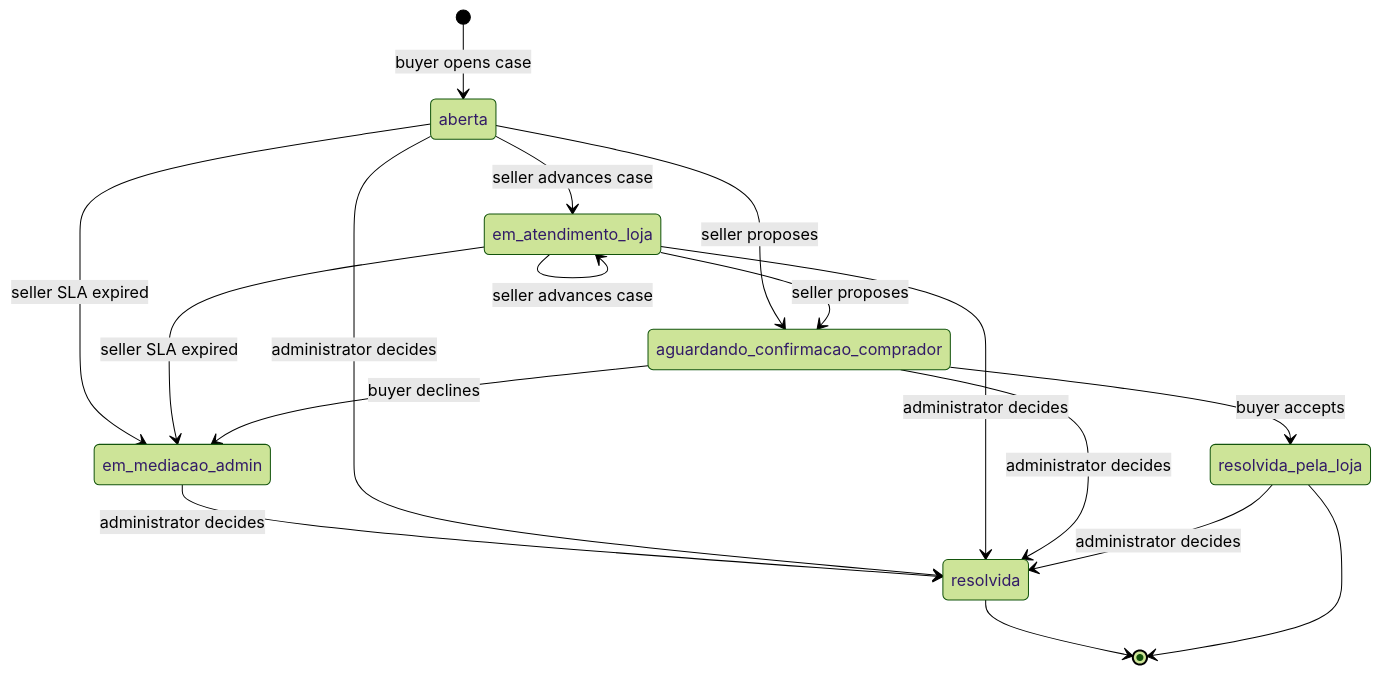
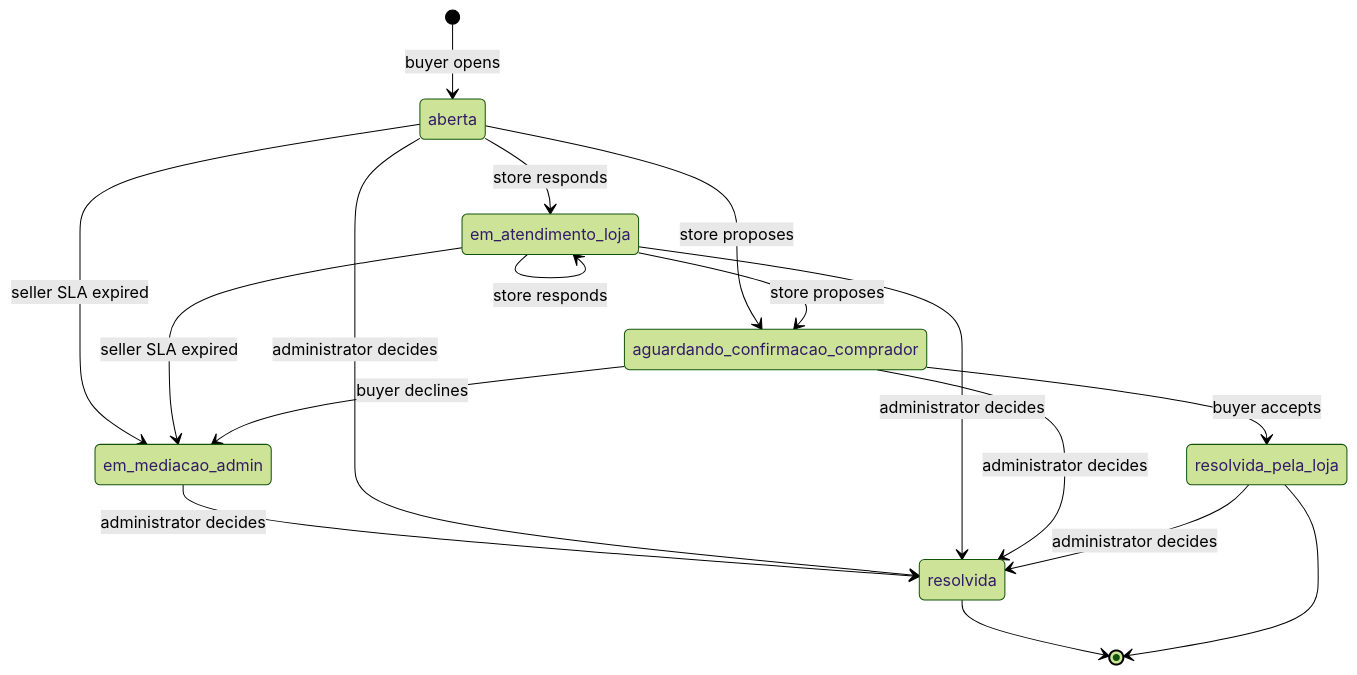
Before and after one commit to Schneider-Gr/industria24hIA: the first of 2 diagrams in openwiki/workflows/after-sales-disputes.md, drawn with Mermaid (forest theme). The commit also changed other lines of this file and 34 other files, not shown here.

````diff
--- a/openwiki/workflows/after-sales-disputes.md
+++ b/openwiki/workflows/after-sales-disputes.md
@@ -87,19 +95,19 @@
 ```mermaid
 stateDiagram-v2
-    [*] --> aberta: buyer opens case
-    aberta --> em_atendimento_loja: seller advances case
-    em_atendimento_loja --> em_atendimento_loja: seller advances case
-    aberta --> aguardando_confirmacao_comprador: seller proposes
-    em_atendimento_loja --> aguardando_confirmacao_comprador: seller proposes
+    [*] --> aberta: buyer opens
+    aberta --> em_atendimento_loja: store responds
+    em_atendimento_loja --> em_atendimento_loja: store responds
+    aberta --> aguardando_confirmacao_comprador: store proposes
+    em_atendimento_loja --> aguardando_confirmacao_comprador: store proposes
     aguardando_confirmacao_comprador --> resolvida_pela_loja: buyer accepts
     aberta --> em_mediacao_admin: seller SLA expired
     em_atendimento_loja --> em_mediacao_admin: seller SLA expired
     aguardando_confirmacao_comprador --> em_mediacao_admin: buyer declines
     em_mediacao_admin --> resolvida: administrator decides
     aberta --> resolvida: administrator decides
     em_atendimento_loja --> resolvida: administrator decides
     aguardando_confirmacao_comprador --> resolvida: administrator decides
     resolvida_pela_loja --> resolvida: administrator decides
     resolvida --> [*]
     resolvida_pela_loja --> [*]
 ```
````
